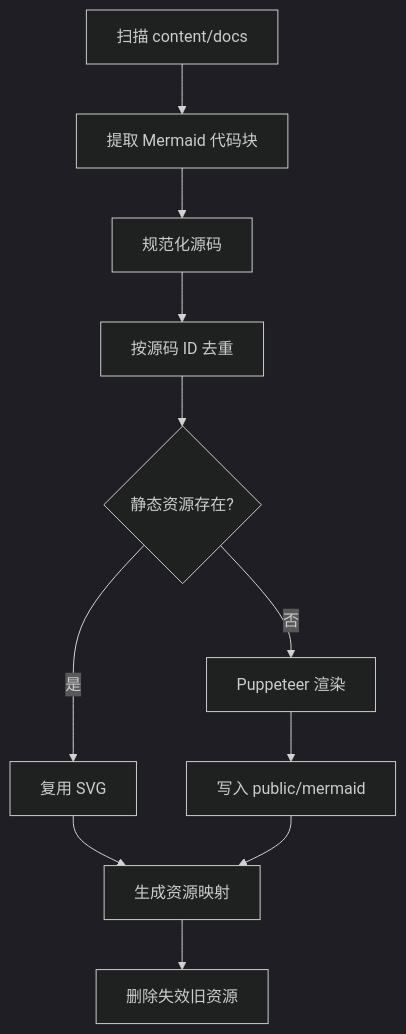
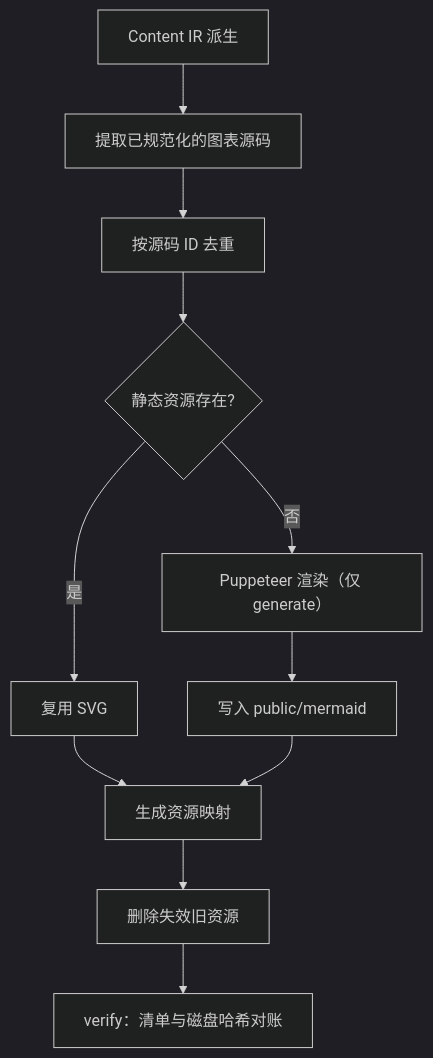
The diagram in content/docs/zh/about/project/mermaid-performance.mdx (SSJ-ZYJ/Neoverse-Doc), drawn with Mermaid (dark theme) before and after one commit. The commit also changed other lines of this file and 36 other files, not shown here.

````diff
--- a/content/docs/zh/about/project/mermaid-performance.mdx
+++ b/content/docs/zh/about/project/mermaid-performance.mdx
@@ -28,13 +31,13 @@
 ```mermaid
 flowchart TD
-    A[扫描 content/docs] --> B[提取 Mermaid 代码块]
-    B --> C[规范化源码]
-    C --> D[按源码 ID 去重]
-    D --> E{静态资源存在?}
-    E -->|是| F[复用 SVG]
-    E -->|否| G[Puppeteer 渲染]
-    G --> H[写入 public/mermaid]
-    F --> I[生成资源映射]
-    H --> I
-    I --> J[删除失效旧资源]
+    A[Content IR 派生] --> B[提取已规范化的图表源码]
+    B --> C[按源码 ID 去重]
+    C --> D{静态资源存在?}
+    D -->|是| E[复用 SVG]
+    D -->|否| F[Puppeteer 渲染（仅 generate）]
+    F --> G[写入 public/mermaid]
+    E --> H[生成资源映射]
+    G --> H
+    H --> I[删除失效旧资源]
+    I --> J[verify：清单与磁盘哈希对账]
 ```
````
